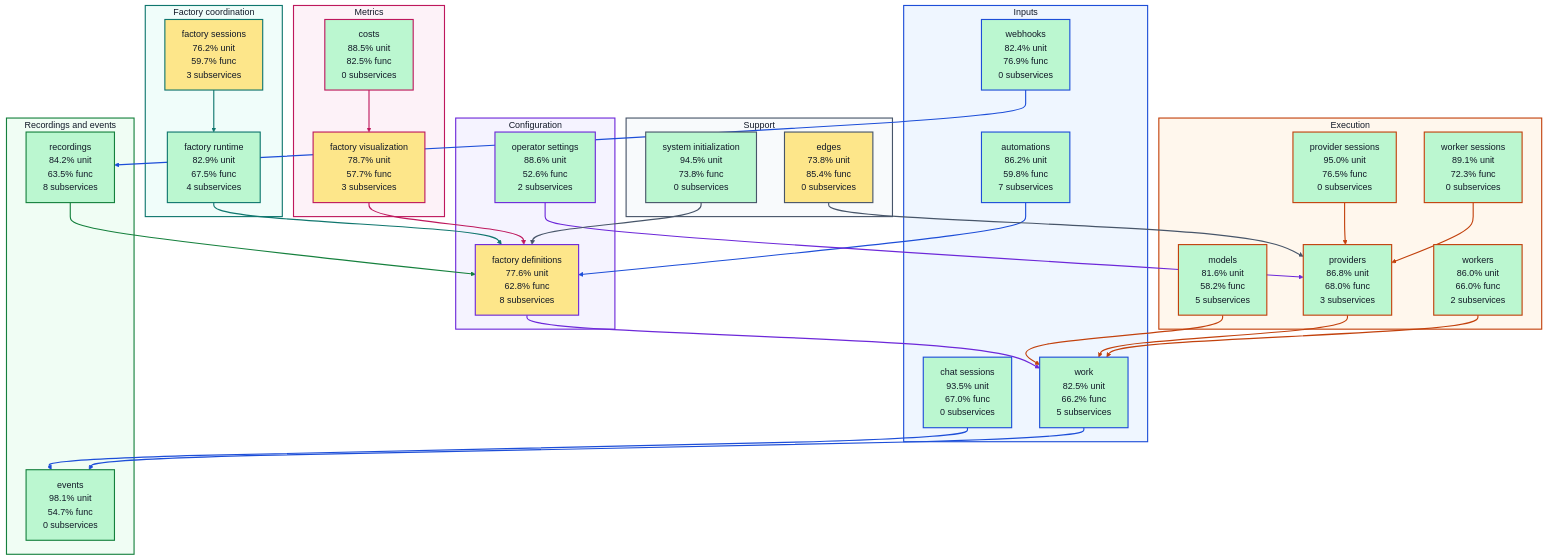
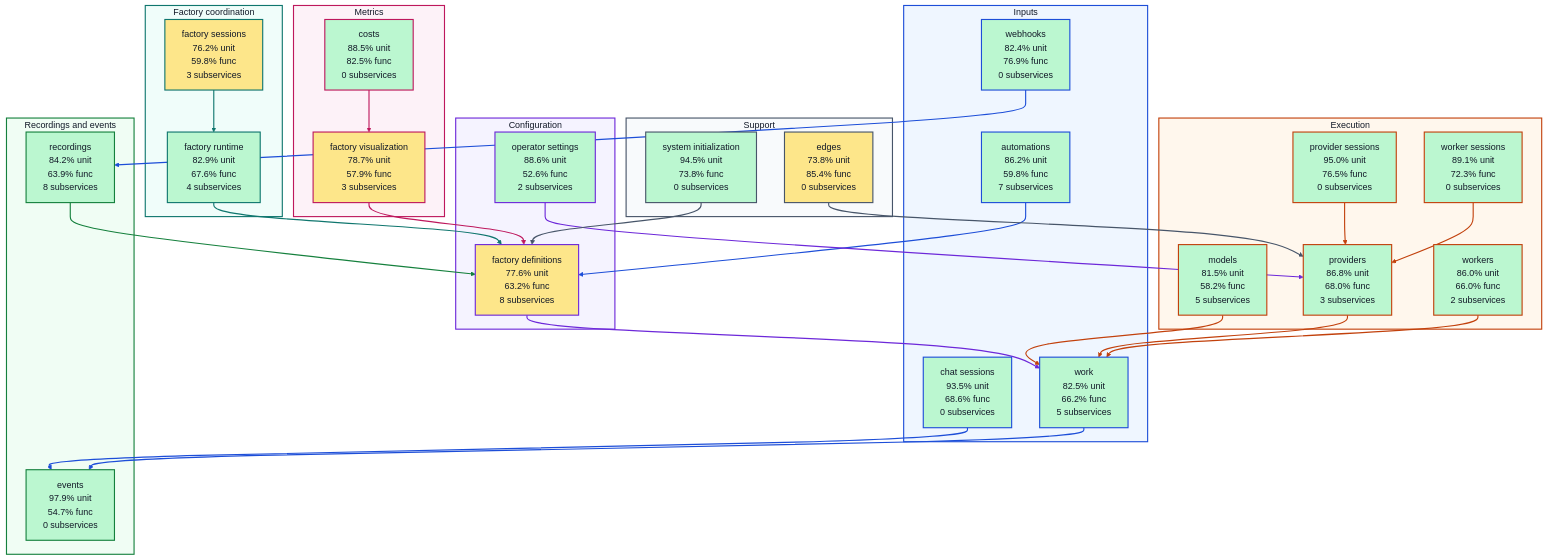
The diagram in docs/architecture/visualizations/high-level-test-coverage.md (portpowered/you-agent-factory), drawn with Mermaid before and after one commit. The commit also changed other lines of this file and 20 other files, not shown here.

Commit message:
docs: refresh backend architecture visualizations

```diff
--- a/docs/architecture/visualizations/high-level-test-coverage.md
+++ b/docs/architecture/visualizations/high-level-test-coverage.md
@@ -12,32 +12,32 @@
 flowchart TB
   subgraph input["Inputs"]
     s_services_automations["automations<br/>86.2% unit<br/>59.8% func<br/>7 subservices"]
-    s_services_chat_sessions["chat sessions<br/>93.5% unit<br/>67.0% func<br/>0 subservices"]
+    s_services_chat_sessions["chat sessions<br/>93.5% unit<br/>68.6% func<br/>0 subservices"]
     s_services_webhooks["webhooks<br/>82.4% unit<br/>76.9% func<br/>0 subservices"]
     s_services_work["work<br/>82.5% unit<br/>66.2% func<br/>5 subservices"]
   end
   subgraph configuration["Configuration"]
-    s_services_factory_definitions["factory definitions<br/>77.6% unit<br/>62.8% func<br/>8 subservices"]
+    s_services_factory_definitions["factory definitions<br/>77.6% unit<br/>63.2% func<br/>8 subservices"]
     s_services_operator_settings["operator settings<br/>88.6% unit<br/>52.6% func<br/>2 subservices"]
   end
   subgraph coordination["Factory coordination"]
-    s_services_factory_runtime["factory runtime<br/>82.9% unit<br/>67.5% func<br/>4 subservices"]
-    s_services_factory_sessions["factory sessions<br/>76.2% unit<br/>59.7% func<br/>3 subservices"]
+    s_services_factory_runtime["factory runtime<br/>82.9% unit<br/>67.6% func<br/>4 subservices"]
+    s_services_factory_sessions["factory sessions<br/>76.2% unit<br/>59.8% func<br/>3 subservices"]
   end
   subgraph execution["Execution"]
-    s_services_models["models<br/>81.6% unit<br/>58.2% func<br/>5 subservices"]
+    s_services_models["models<br/>81.5% unit<br/>58.2% func<br/>5 subservices"]
     s_services_provider_sessions["provider sessions<br/>95.0% unit<br/>76.5% func<br/>0 subservices"]
     s_services_providers["providers<br/>86.8% unit<br/>68.0% func<br/>3 subservices"]
     s_services_worker_sessions["worker sessions<br/>89.1% unit<br/>72.3% func<br/>0 subservices"]
     s_services_workers["workers<br/>86.0% unit<br/>66.0% func<br/>2 subservices"]
   end
   subgraph recordings["Recordings and events"]
-    s_services_events["events<br/>98.1% unit<br/>54.7% func<br/>0 subservices"]
-    s_services_recordings["recordings<br/>84.2% unit<br/>63.5% func<br/>8 subservices"]
+    s_services_events["events<br/>97.9% unit<br/>54.7% func<br/>0 subservices"]
+    s_services_recordings["recordings<br/>84.2% unit<br/>63.9% func<br/>8 subservices"]
   end
   subgraph metrics["Metrics"]
     s_services_costs["costs<br/>88.5% unit<br/>82.5% func<br/>0 subservices"]
-    s_services_factory_visualization["factory visualization<br/>78.7% unit<br/>57.7% func<br/>3 subservices"]
+    s_services_factory_visualization["factory visualization<br/>78.7% unit<br/>57.9% func<br/>3 subservices"]
   end
   subgraph support["Support"]
     s_services_edges["edges<br/>73.8% unit<br/>85.4% func<br/>0 subservices"]
```
